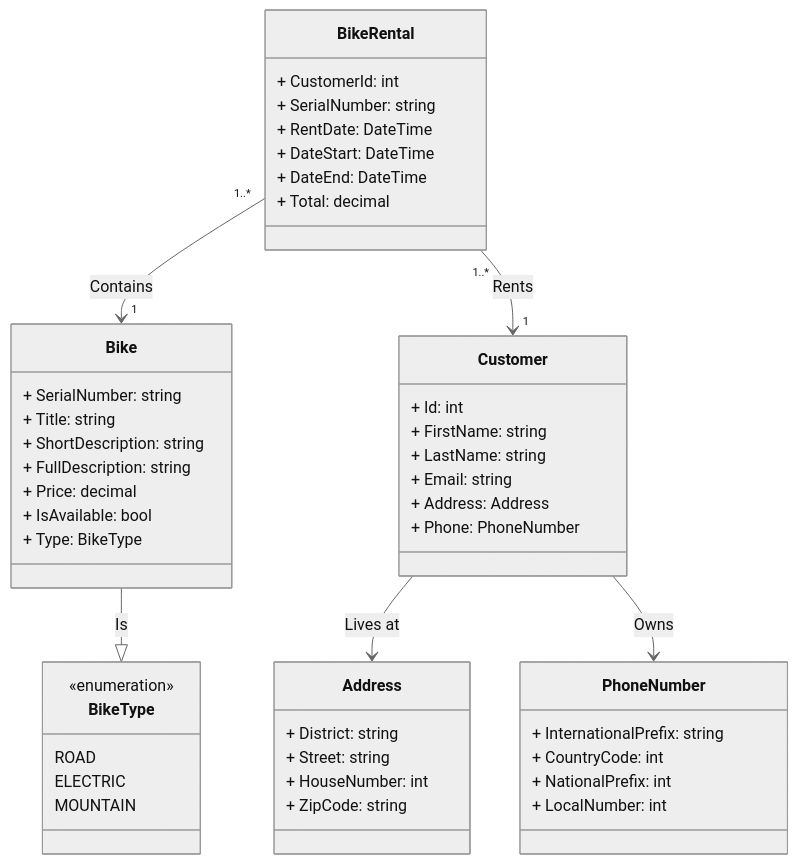
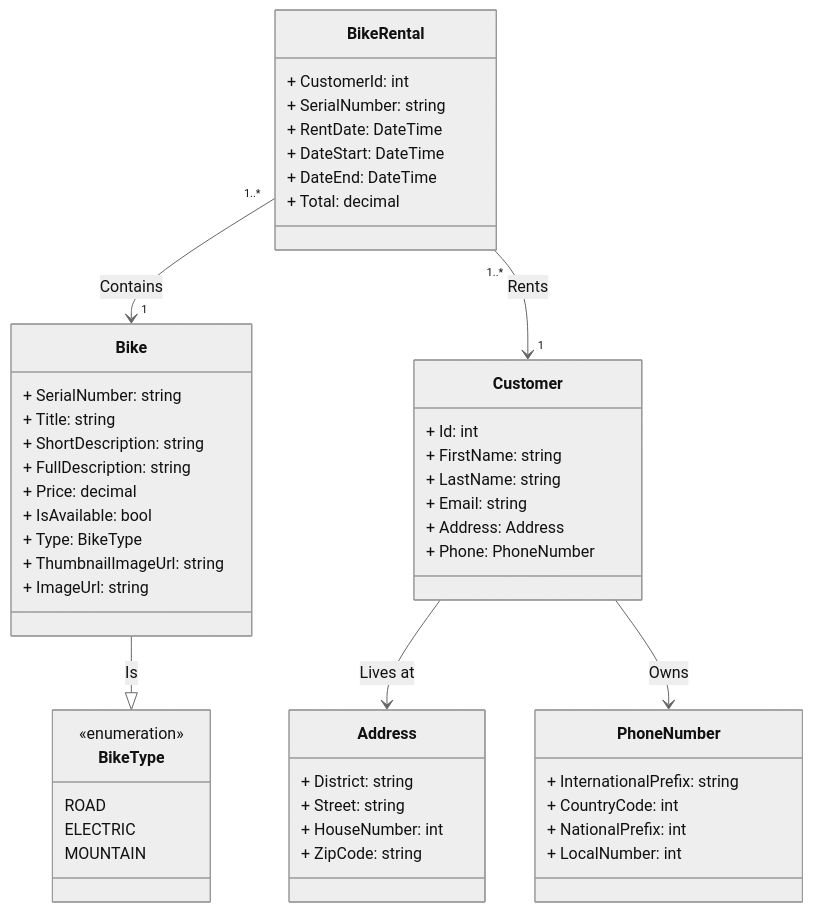
One commit to bmassioui/BikeRentingSystem changed the diagram in README.md. Above: the diagram before and after it, drawn with Mermaid (neutral theme). The commit also changed 13 other files, not shown here.

````diff
--- a/README.md
+++ b/README.md
@@ -11,57 +11,59 @@
 ```mermaid
 classDiagram
   class Bike {
     + SerialNumber: string
     + Title: string
     + ShortDescription: string
     + FullDescription: string
     + Price: decimal
     + IsAvailable: bool
     + Type: BikeType
+    + ThumbnailImageUrl: string
+    + ImageUrl: string
   }
 
   class Customer {
     + Id: int
     + FirstName: string
     + LastName: string
     + Email: string
     + Address: Address
     + Phone: PhoneNumber
   }
 
   class BikeRental {
     + CustomerId: int
     + SerialNumber: string
     + RentDate: DateTime
     + DateStart: DateTime
     + DateEnd: DateTime
     + Total: decimal
   }
 
   class Address {
     + District: string
     + Street: string
     + HouseNumber: int
     + ZipCode: string
   }
 
   class PhoneNumber {
     + InternationalPrefix: string
     + CountryCode: int
     + NationalPrefix: int
     + LocalNumber: int
   }
 
   class BikeType{
     <<enumeration>>
     ROAD
     ELECTRIC
     MOUNTAIN
   }
 
   Bike --|> BikeType : Is
   Customer --> Address : Lives at
   Customer --> PhoneNumber : Owns
   BikeRental "1..*" --> "1" Bike : Contains
   BikeRental "1..*" --> "1" Customer : Rents
 ```
````
